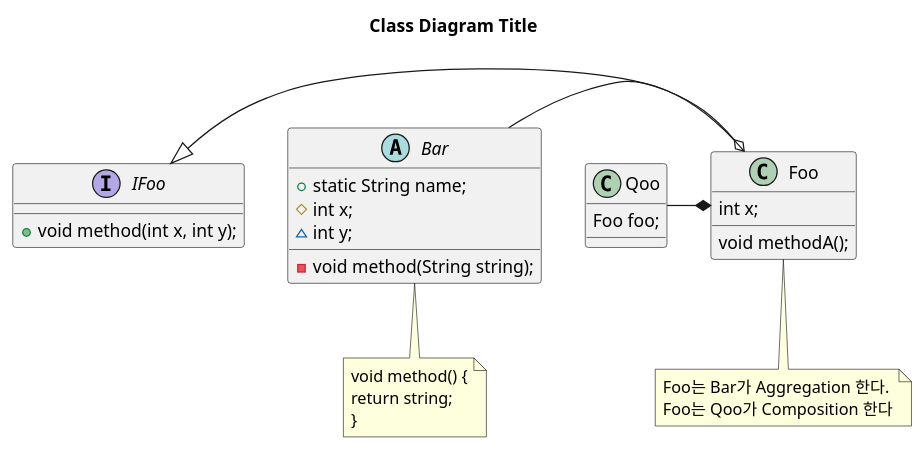
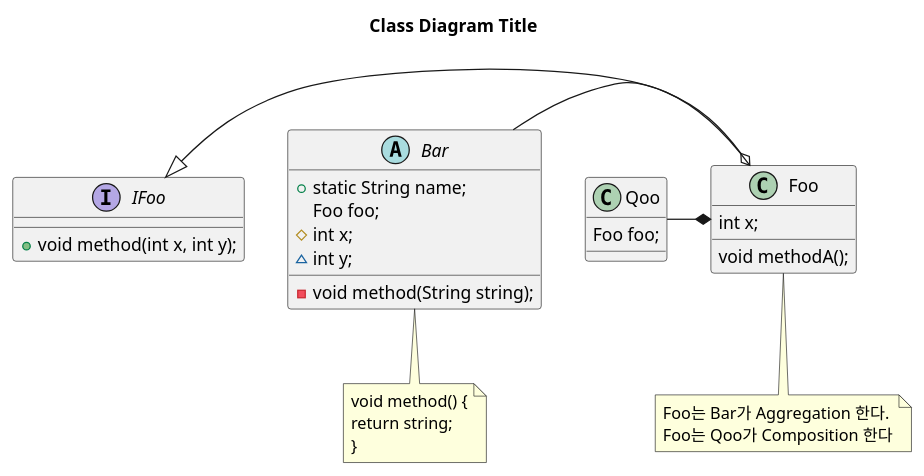
The diagram in Java/Java_TIL/4_5_ClassDiagram.md (FoeverNa/TIL), drawn with PlantUML before and after one commit. The commit also changed other lines of this file and 14 other files, not shown here.

````diff
--- a/Java/Java_TIL/4_5_ClassDiagram.md
+++ b/Java/Java_TIL/4_5_ClassDiagram.md
@@ -23,42 +23,45 @@
 ```puml
 @startuml
 
 interface IFoo{
     + void method(int x, int y);
 
 }
 
 abstract class Bar{
    + static String name;
+    Foo foo;
    # int x;
    ~ int y;
    - void method(String string);
 }
+
 class Qoo{
     Foo foo;
 }
+
 class Foo{
     int x;
     void methodA();
 }
 
 Foo -left|> IFoo
 Bar -o Foo
 Qoo -right* Foo
 
 title Class Diagram Title
 
 note bottom of Bar
  void method() {
  return string;
  }
 end note
 
 note bottom of Foo
 Foo는 Bar가 Aggregation 한다.
 Foo는 Qoo가 Composition 한다
 end note
 
 
 @enduml
 ```
````
